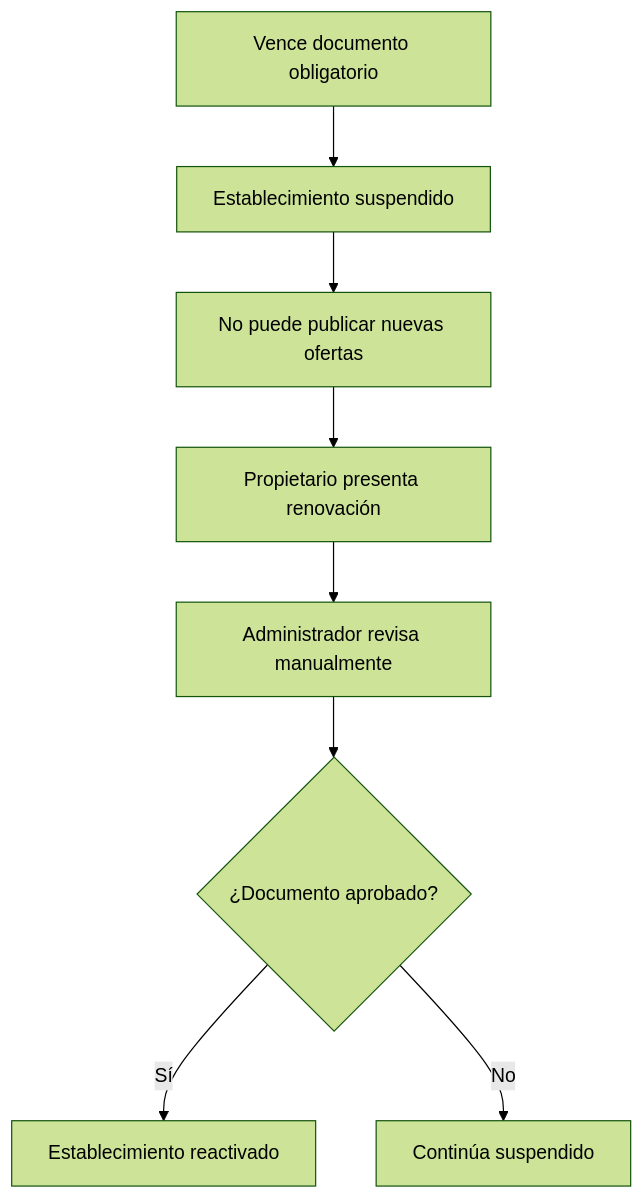
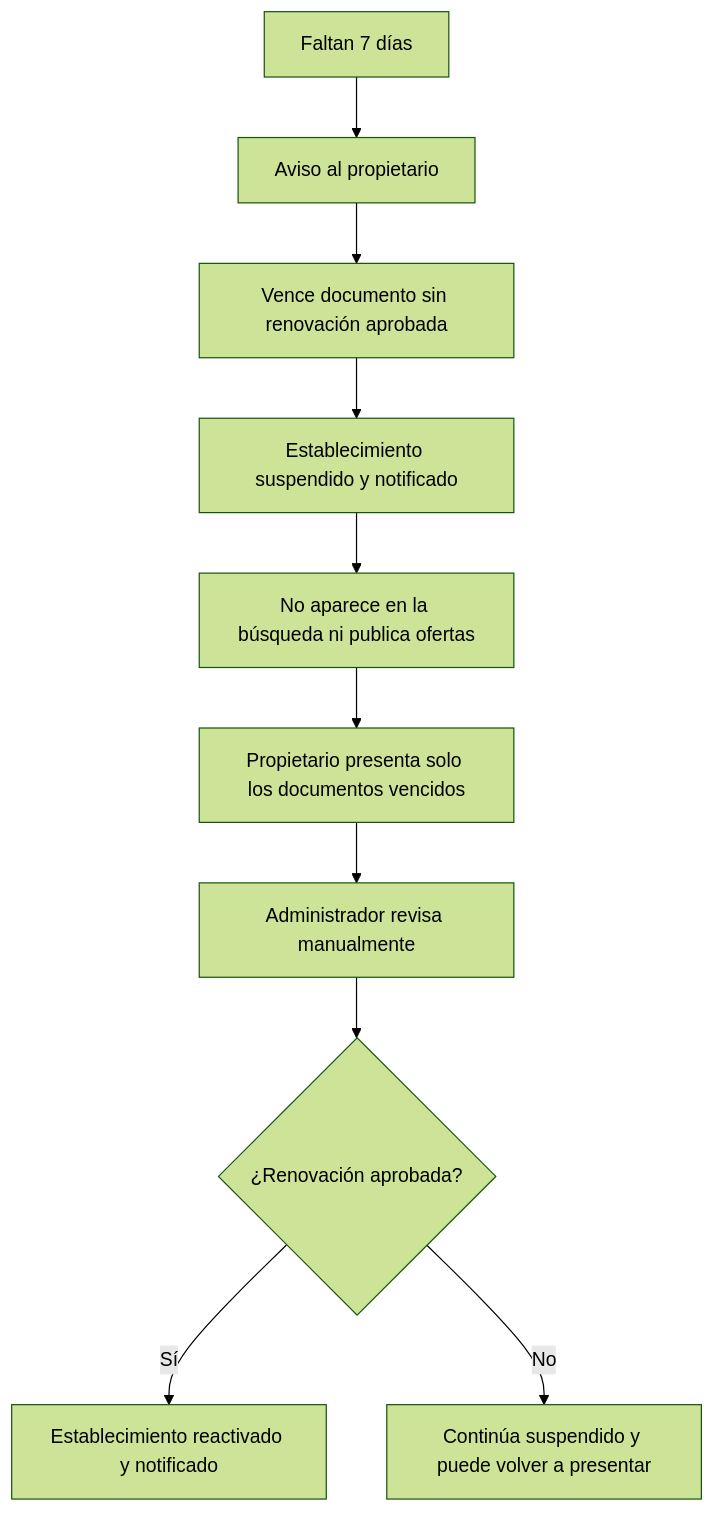
Before and after one commit to Zheyben/Sazloop: the seventh of 7 diagrams in docs/FLUJOS_NEGOCIO.md, drawn with Mermaid (forest theme). The commit also changed other lines of this file and 10 other files, not shown here.

````diff
--- a/docs/FLUJOS_NEGOCIO.md
+++ b/docs/FLUJOS_NEGOCIO.md
@@ -106,10 +108,12 @@
 ```mermaid
 flowchart TD
-    A["Vence documento obligatorio"] --> B["Establecimiento suspendido"]
-    B --> C["No puede publicar nuevas ofertas"]
-    C --> D["Propietario presenta renovación"]
+    P["Faltan 7 días"] --> Q["Aviso al propietario"]
+    Q --> A["Vence documento sin renovación aprobada"]
+    A --> B["Establecimiento suspendido y notificado"]
+    B --> C["No aparece en la búsqueda ni publica ofertas"]
+    C --> D["Propietario presenta solo los documentos vencidos"]
     D --> E["Administrador revisa manualmente"]
-    E --> F{"¿Documento aprobado?"}
-    F -->|Sí| G["Establecimiento reactivado"]
-    F -->|No| H["Continúa suspendido"]
+    E --> F{"¿Renovación aprobada?"}
+    F -->|Sí| G["Establecimiento reactivado y notificado"]
+    F -->|No| H["Continúa suspendido y puede volver a presentar"]
 ```
````
